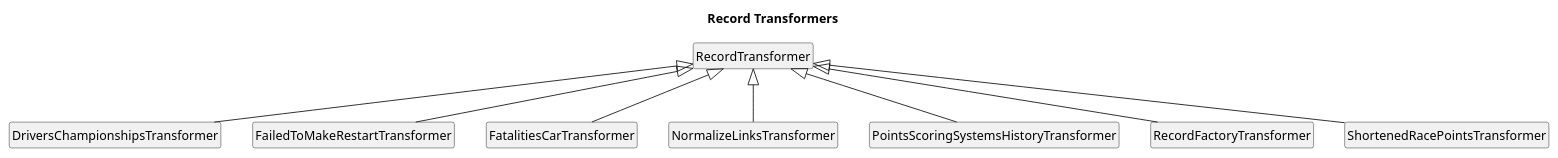
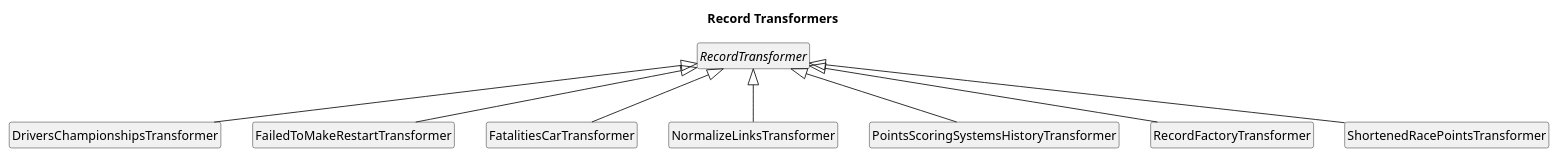
One commit to bgembalczyk/F1 changed the diagram in docs/uml/inheritance/records/02_record_transformers.puml. Above: the diagram before and after it, drawn with PlantUML. The commit also changed 16 other files, not shown here.

```diff
--- a/docs/uml/inheritance/records/02_record_transformers.puml
+++ b/docs/uml/inheritance/records/02_record_transformers.puml
@@ -1,24 +1,24 @@
 @startuml
 title Record Transformers
 skinparam classAttributeIconSize 0
 hide empty members
 hide circle
 
 class DriversChampionshipsTransformer
 class FailedToMakeRestartTransformer
 class FatalitiesCarTransformer
 class NormalizeLinksTransformer
 class PointsScoringSystemsHistoryTransformer
 class RecordFactoryTransformer
-class RecordTransformer
+abstract class RecordTransformer
 class ShortenedRacePointsTransformer
 
 RecordTransformer <|-- DriversChampionshipsTransformer
 RecordTransformer <|-- FailedToMakeRestartTransformer
 RecordTransformer <|-- FatalitiesCarTransformer
 RecordTransformer <|-- NormalizeLinksTransformer
 RecordTransformer <|-- PointsScoringSystemsHistoryTransformer
 RecordTransformer <|-- RecordFactoryTransformer
 RecordTransformer <|-- ShortenedRacePointsTransformer
 
 @enduml
```
